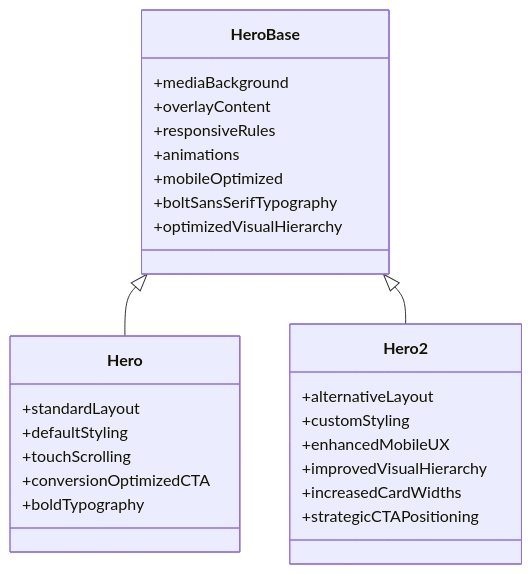
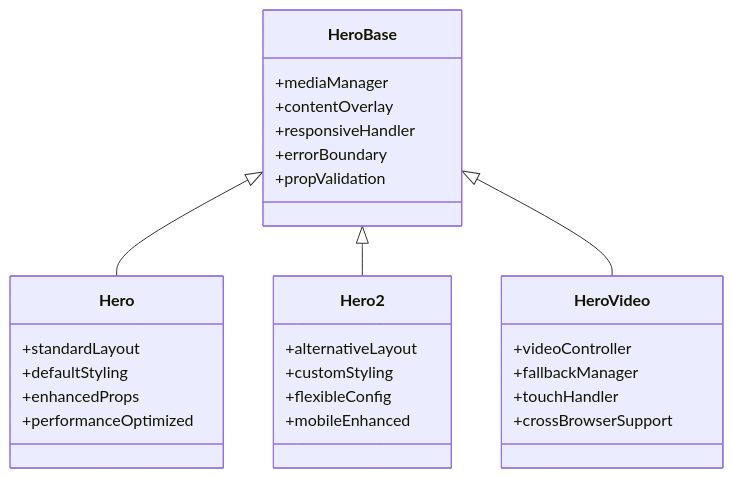
The fifth of 6 diagrams in .qoder/repowiki/en/content/Component Architecture/Landing Page Components/Hero Sections.md (Theja4/podiummomentum), drawn with Mermaid before and after one commit. The commit also changed other lines of this file and 24 other files, not shown here.

````diff
--- a/.qoder/repowiki/en/content/Component Architecture/Landing Page Components/Hero Sections.md
+++ b/.qoder/repowiki/en/content/Component Architecture/Landing Page Components/Hero Sections.md
@@ -312,29 +300,31 @@
 ```mermaid
 classDiagram
 class HeroBase {
-+mediaBackground
-+overlayContent
-+responsiveRules
-+animations
-+mobileOptimized
-+boltSansSerifTypography
-+optimizedVisualHierarchy
++mediaManager
++contentOverlay
++responsiveHandler
++errorBoundary
++propValidation
 }
 class Hero {
 +standardLayout
 +defaultStyling
-+touchScrolling
-+conversionOptimizedCTA
-+boldTypography
++enhancedProps
++performanceOptimized
 }
 class Hero2 {
 +alternativeLayout
 +customStyling
-+enhancedMobileUX
-+improvedVisualHierarchy
-+increasedCardWidths
-+strategicCTAPositioning
++flexibleConfig
++mobileEnhanced
+}
+class HeroVideo {
++videoController
++fallbackManager
++touchHandler
++crossBrowserSupport
 }
 HeroBase <|-- Hero
 HeroBase <|-- Hero2
+HeroBase <|-- HeroVideo
 ```
````
